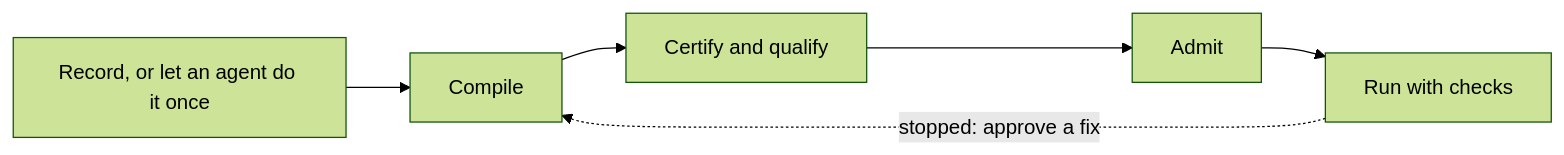
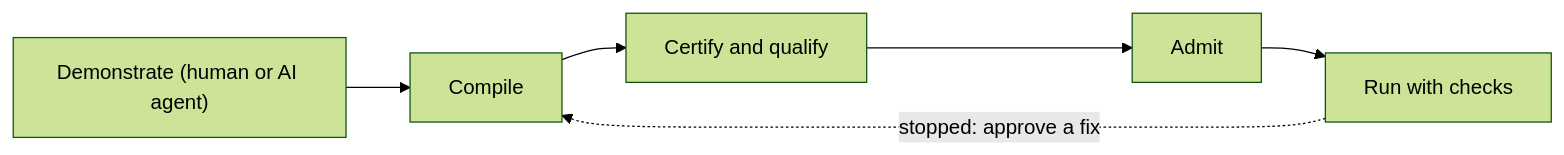
Before and after one commit to OpenAdaptAI/OpenAdapt: the diagram in README.md, drawn with Mermaid (forest theme). The commit also changed other lines of this file, not shown here.

Commit message:
docs(readme): clarify single or multi-demo workflow capture (human or AI agent)

````diff
--- a/README.md
+++ b/README.md
@@ -319,5 +323,5 @@
 ```mermaid
 flowchart LR
-    S["Record, or let an agent do it once"] --> C["Compile"] --> Q["Certify and qualify"] --> A["Admit"] --> R["Run with checks"]
+    S["Demonstrate (human or AI agent)"] --> C["Compile"] --> Q["Certify and qualify"] --> A["Admit"] --> R["Run with checks"]
     R -.->|"stopped: approve a fix"| C
 ```
````
